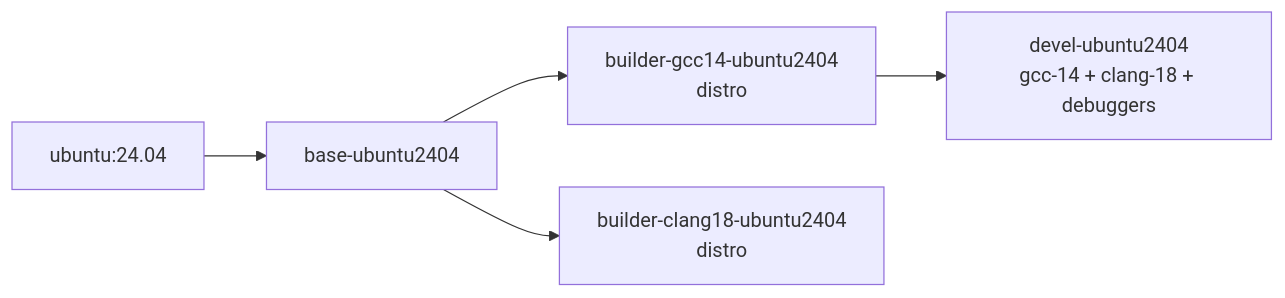
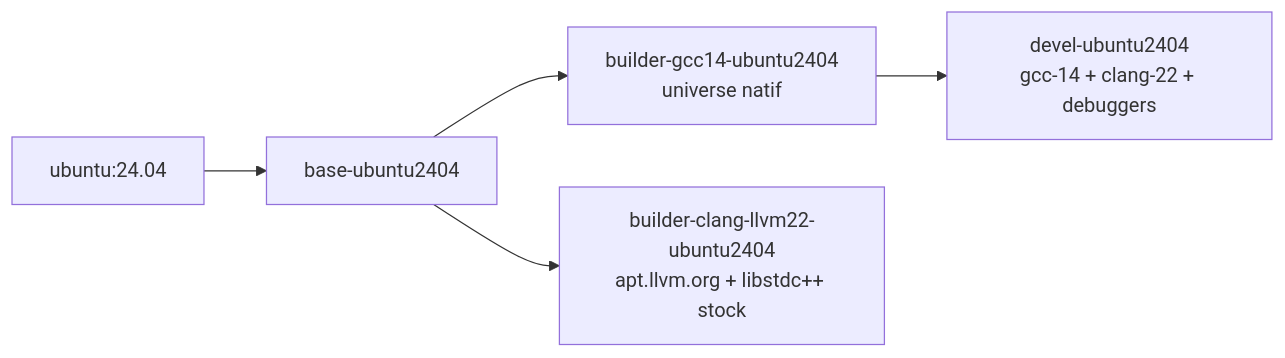
The fifth of 8 diagrams in README.md (Silmaen/DockerImages), drawn with Mermaid before and after one commit. The commit also changed other lines of this file and 16 other files, not shown here.

````diff
--- a/README.md
+++ b/README.md
@@ -170,7 +178,7 @@
 ```mermaid
 graph LR
     U2404[ubuntu:24.04] --> B2404[base-ubuntu2404]
-    B2404 --> G14[builder-gcc14-ubuntu2404<br/>distro]
-    B2404 --> C18[builder-clang18-ubuntu2404<br/>distro]
-    G14 --> D[devel-ubuntu2404<br/>gcc-14 + clang-18 + debuggers]
+    B2404 --> G14[builder-gcc14-ubuntu2404<br/>universe natif]
+    B2404 --> C22[builder-clang-llvm22-ubuntu2404<br/>apt.llvm.org + libstdc++ stock]
+    G14 --> D[devel-ubuntu2404<br/>gcc-14 + clang-22 + debuggers]
 ```
````
